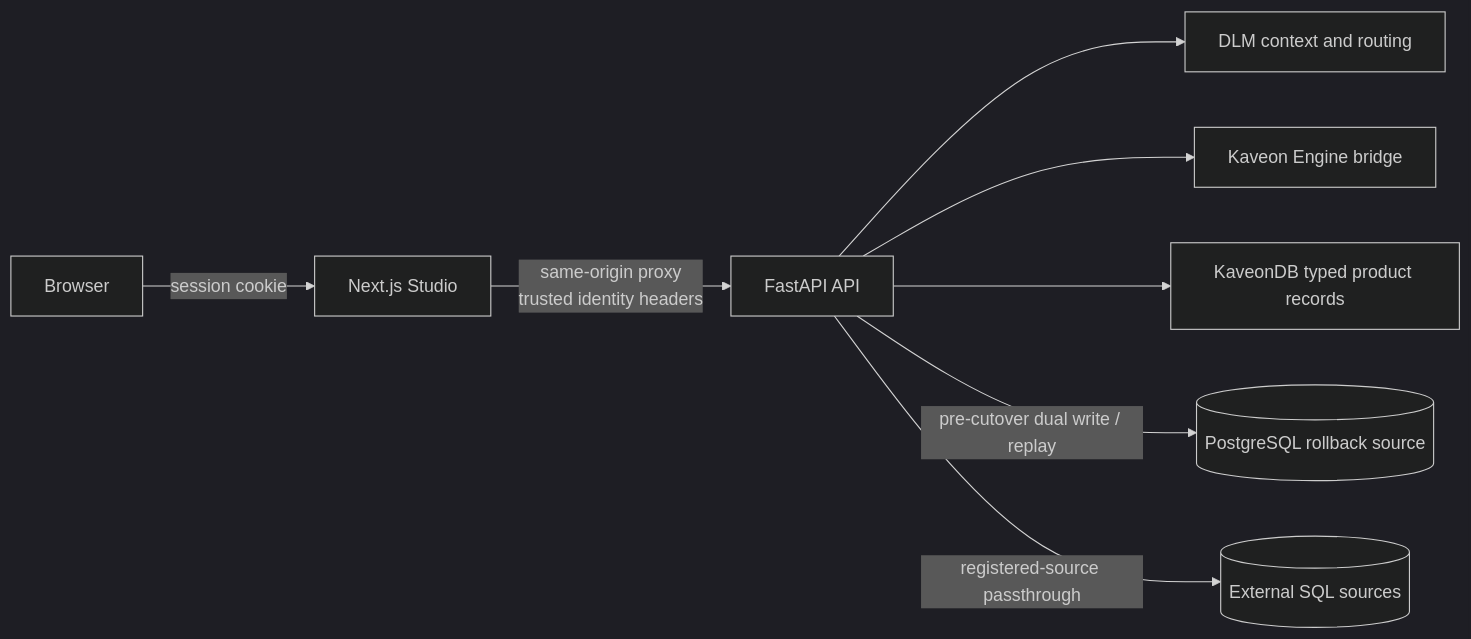
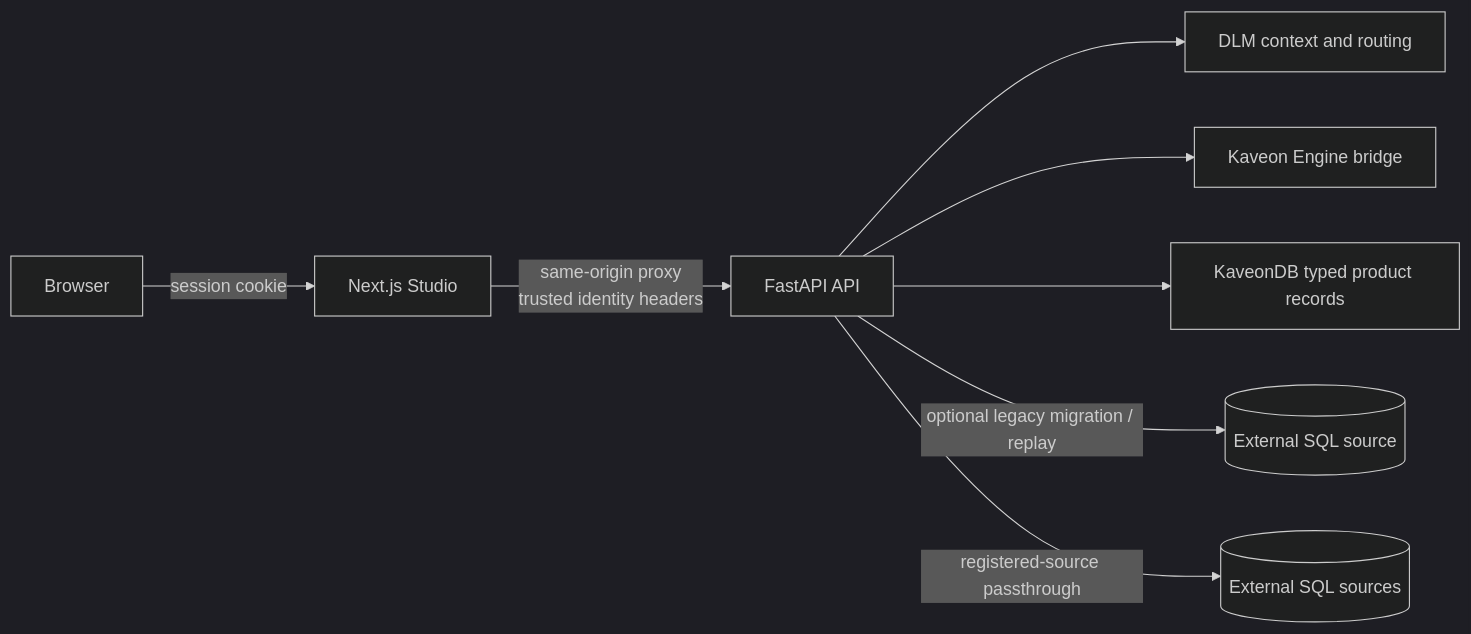
The first of 4 diagrams in ARCHITECTURE.md (PruthviProdduturi/Kaveon), drawn with Mermaid (dark theme) before and after one commit. The commit also changed other lines of this file and 1 other file, not shown here.

Commit message:
docs: align native deployment architecture

````diff
--- a/ARCHITECTURE.md
+++ b/ARCHITECTURE.md
@@ -59,10 +60,10 @@
 ```mermaid
 flowchart LR
     Browser[Browser] -->|session cookie| Studio[Next.js Studio]
     Studio -->|same-origin proxy\ntrusted identity headers| API[FastAPI API]
     API --> DLM[DLM context and routing]
     API --> Engine[Kaveon Engine bridge]
     API --> Tx[KaveonDB typed product records]
-    API -->|pre-cutover dual write / replay| Metadata[(PostgreSQL rollback source)]
+    API -->|optional legacy migration / replay| Legacy[(External SQL source)]
     API -->|registered-source passthrough| SQL[(External SQL sources)]
 ```
````
